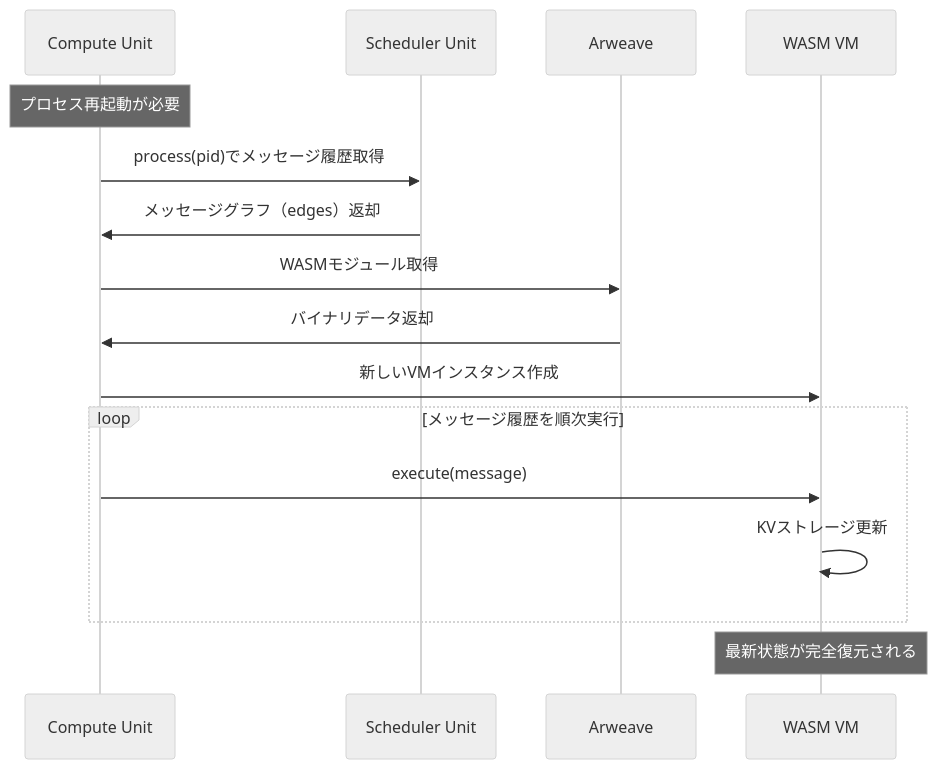
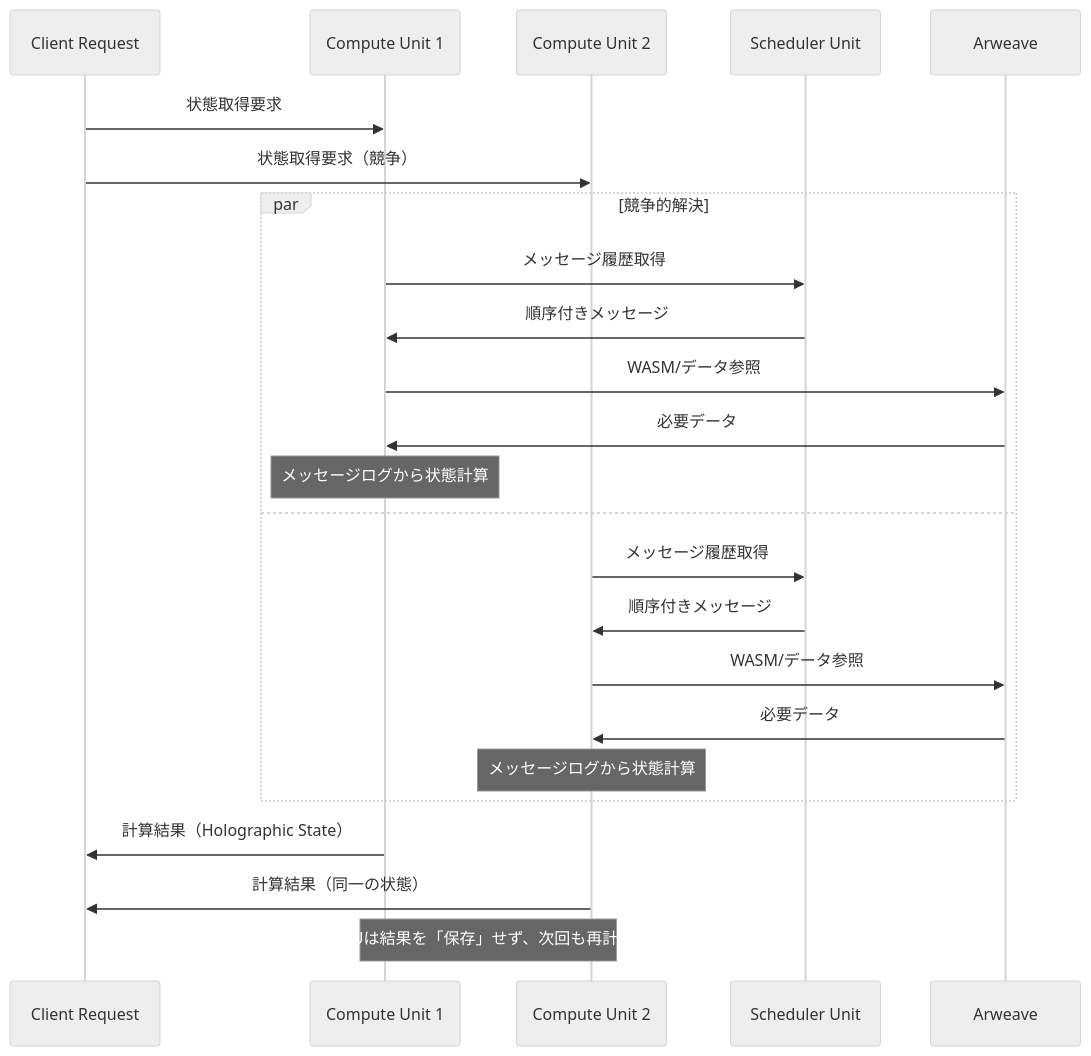
One commit to shodaimomiyama/D-TPRES changed the sixth of 15 diagrams in deploy/contracts/STORAGE_ER_DIAGRAM.md. Above: the diagram before and after it, drawn with Mermaid (neutral theme). The commit also changed other lines of this file, not shown here.

Commit message:
新しいD-TPRES KVストレージのEntity-Relationship図を追加し、システムの各プロセス（Owner/Holder/Requester）のストレージ構造や状態管理の詳細を明確化しました。また、イベントソーシング方式による動的状態再現のメカニズムや、各プロセスの責務についても説明を加えました。

````diff
--- a/deploy/contracts/STORAGE_ER_DIAGRAM.md
+++ b/deploy/contracts/STORAGE_ER_DIAGRAM.md
@@ -164,21 +243,30 @@
 ```mermaid
 sequenceDiagram
-    participant CU as Compute Unit
+    participant Client as Client Request
+    participant CU1 as Compute Unit 1
+    participant CU2 as Compute Unit 2
     participant SU as Scheduler Unit
     participant AW as Arweave
-    participant VM as WASM VM
 
-    Note over CU: プロセス再起動が必要
-    CU->>SU: process(pid)でメッセージ履歴取得
-    SU->>CU: メッセージグラフ（edges）返却
-    CU->>AW: WASMモジュール取得
-    AW->>CU: バイナリデータ返却
-    CU->>VM: 新しいVMインスタンス作成
+    Client->>CU1: 状態取得要求
+    Client->>CU2: 状態取得要求（競争）
 
-    loop メッセージ履歴を順次実行
-        CU->>VM: execute(message)
-        VM->>VM: KVストレージ更新
+    par 競争的解決
+        CU1->>SU: メッセージ履歴取得
+        SU->>CU1: 順序付きメッセージ
+        CU1->>AW: WASM/データ参照
+        AW->>CU1: 必要データ
+        Note over CU1: メッセージログから状態計算
+    and
+        CU2->>SU: メッセージ履歴取得
+        SU->>CU2: 順序付きメッセージ
+        CU2->>AW: WASM/データ参照
+        AW->>CU2: 必要データ
+        Note over CU2: メッセージログから状態計算
     end
 
-    Note over VM: 最新状態が完全復元される
+    CU1->>Client: 計算結果（Holographic State）
+    CU2->>Client: 計算結果（同一の状態）
+
+    Note over CU1,CU2: CUは結果を「保存」せず、次回も再計算
 ```
````
